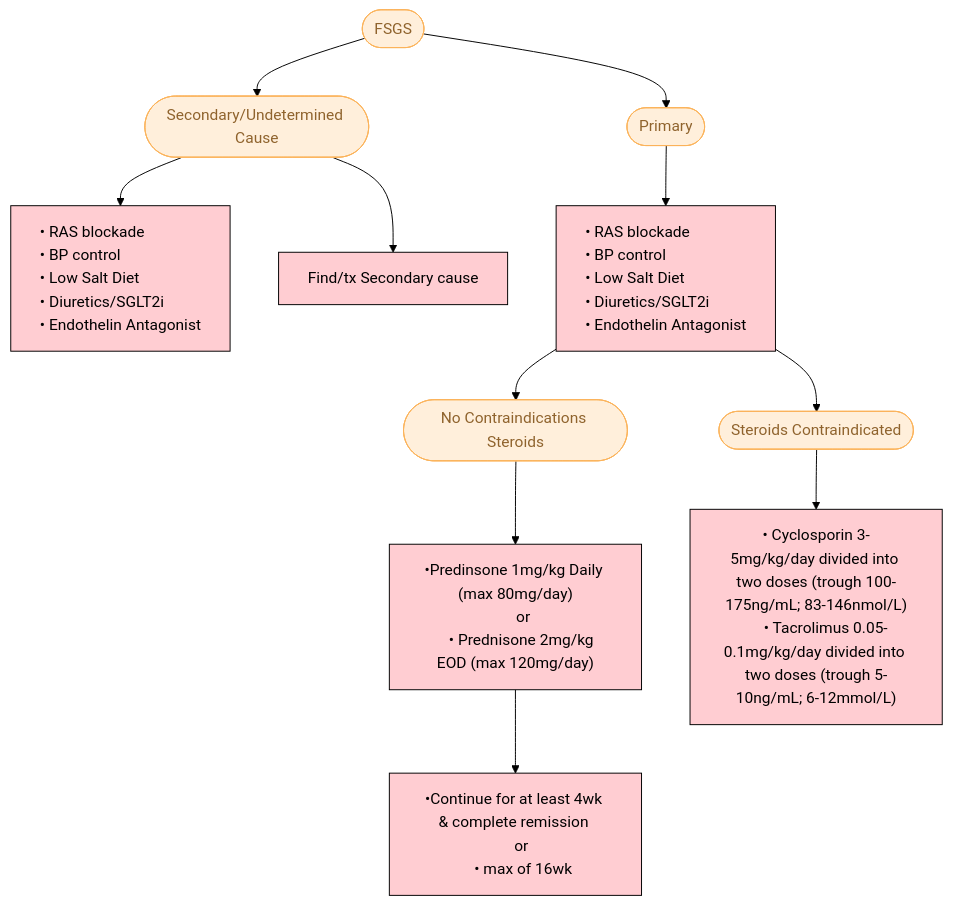
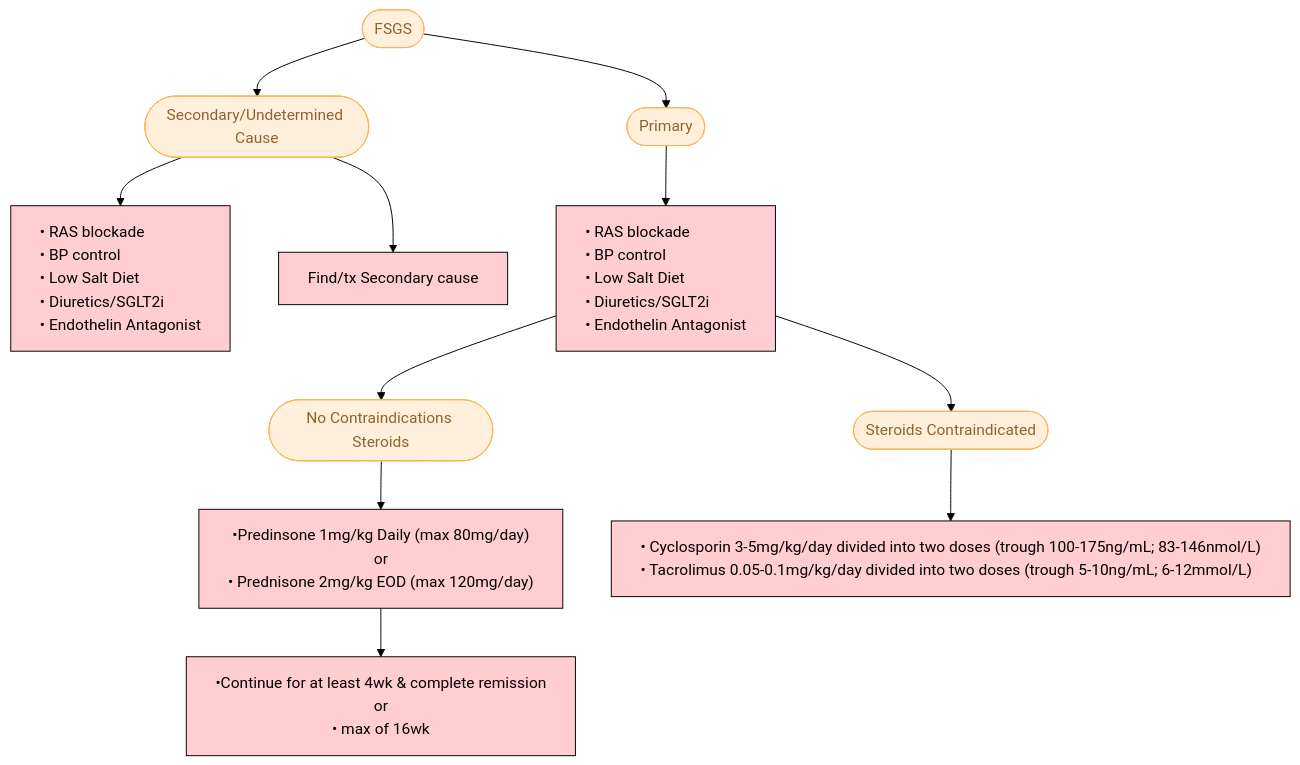
One commit to TTUNEPH2025/GN changed the second of 3 diagrams in docs/FSGS.md. Above: the diagram before and after it, drawn with Mermaid (forest theme).

````diff
--- a/docs/FSGS.md
+++ b/docs/FSGS.md
@@ -107,36 +107,36 @@
 ```mermaid
 flowchart TD
     A(["FSGS"]) --> B(["Primary"]) & n1(["Secondary/Undetermined Cause"])
     n1 --> n2["• RAS blockade
      • BP control
      • Low Salt Diet
      • Diuretics/SGLT2i"
      • Endothelin Antagonist] & n3["Find/tx Secondary cause"]
     B --> n26["• RAS blockade
      • BP control
      • Low Salt Diet
      • Diuretics/SGLT2i
      • Endothelin Antagonist"]
     n4["•Predinsone 1mg/kg Daily (max 80mg/day)
     or
     • Prednisone 2mg/kg EOD (max 120mg/day)"] --> n5["•Continue for at least 4wk & complete remission 
     or 
     • max of 16wk"]
     n24(["Steroids Contraindicated"]) --> n25["• Cyclosporin 3-5mg/kg/day divided into two doses (trough 100-175ng/mL; 83-146nmol/L)
      • Tacrolimus 0.05-0.1mg/kg/day divided into two doses (trough 5-10ng/mL; 6-12mmol/L)"]
     n26 --> n24 & n27(["No Contraindications Steroids"])
     n27 --> n4
      A:::Peach
      B:::Peach
      n1:::Peach
      n24:::Peach
      n27:::Peach
     classDef Peach stroke-width:1px, stroke-dasharray:none, stroke:#FBB35A, fill:#FFEFDB, color:#8F632D
     classDef Class_01 fill:#FFCDD2
-    style n2 fill:#FFCDD2,stroke:#000000, text-align:left
+    style n2 fill:#FFCDD2,stroke:#000000,text-align:left
     style n3 fill:#FFCDD2,stroke:#000000
-    style n26 fill:#FFCDD2,stroke:#000000, text-align:left
-    style n4 fill:#FFCDD2,stroke:#000000
-    style n5 stroke:#000000,fill:#FFCDD2
-    style n25 fill:#FFCDD2,stroke:#000000
+    style n26 fill:#FFCDD2,stroke:#000000,text-align:left
+    style n4 fill:#FFCDD2,stroke:#000000,white-space:nowrap
+    style n5 stroke:#000000,fill:#FFCDD2,white-space:nowrap
+    style n25 fill:#FFCDD2,stroke:#000000,text-align:left,white-space:nowrap
 ```
````
